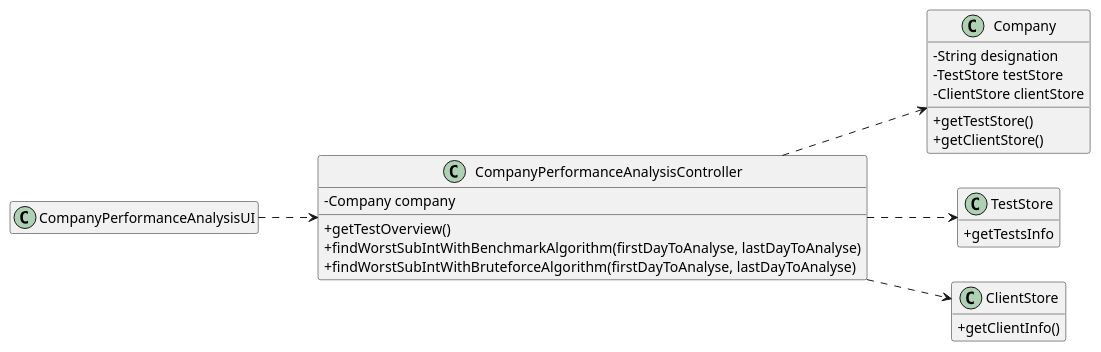
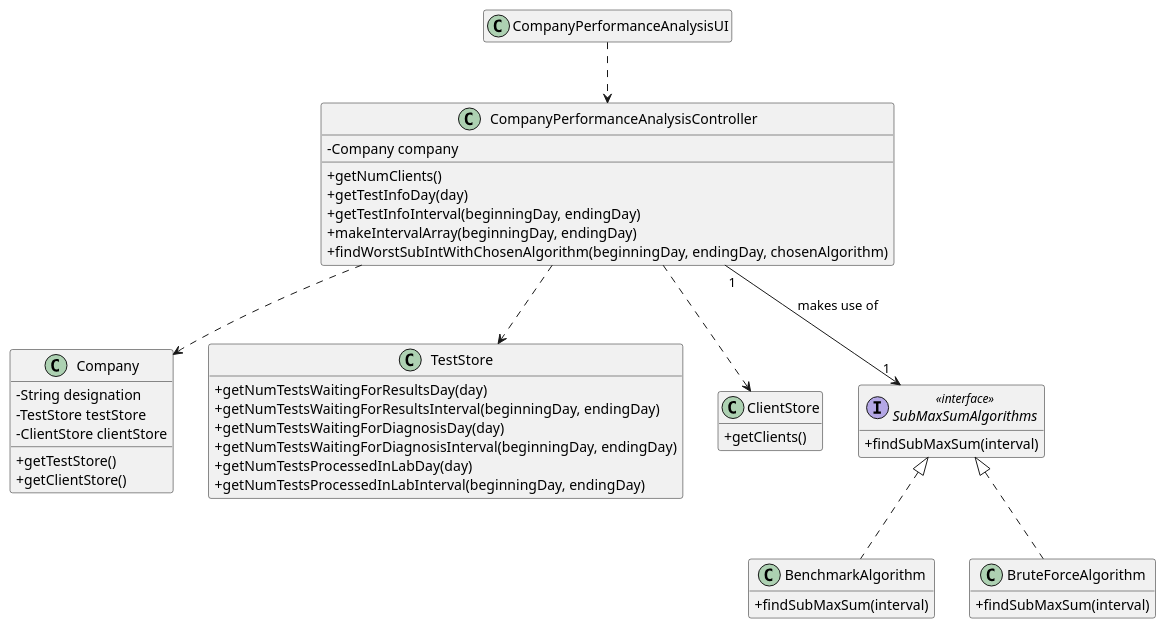
The diagram in docs/SprintD/US_16/US16_CD.puml (ana-albergaria/LAPR2-ISEP), drawn with PlantUML before and after one commit. The commit also changed 11 other files, not shown here.

Commit message:
Updated US16 Diagrams, Updated US16 Documentation and Continued US16 Code.

```diff
--- a/docs/SprintD/US_16/US16_CD.puml
+++ b/docs/SprintD/US_16/US16_CD.puml
@@ -1,38 +1,62 @@
 @startuml
+'skinparam linetype ortho
 hide empty methods
 hide empty attributes
-left to right direction
+'left to right direction
 skinparam classAttributeIconSize 0
 
 class Company {
     -String designation
     -TestStore testStore
     -ClientStore clientStore
     +getTestStore()
     +getClientStore()
 }
 
 class TestStore {
-    +getTestsInfo
+    +getNumTestsWaitingForResultsDay(day)
+    +getNumTestsWaitingForResultsInterval(beginningDay, endingDay)
+    +getNumTestsWaitingForDiagnosisDay(day)
+    +getNumTestsWaitingForDiagnosisInterval(beginningDay, endingDay)
+    +getNumTestsProcessedInLabDay(day)
+    +getNumTestsProcessedInLabInterval(beginningDay, endingDay)
 }
 
 class ClientStore {
-    +getClientInfo()
+    +getClients()
 }
 
 class CompanyPerformanceAnalysisController{
     -Company company
-    +getTestOverview()
-    +findWorstSubIntWithBenchmarkAlgorithm(firstDayToAnalyse, lastDayToAnalyse)
-    +findWorstSubIntWithBruteforceAlgorithm(firstDayToAnalyse, lastDayToAnalyse)
+    +getNumClients()
+    +getTestInfoDay(day)
+    +getTestInfoInterval(beginningDay, endingDay)
+    +makeIntervalArray(beginningDay, endingDay)
+    +findWorstSubIntWithChosenAlgorithm(beginningDay, endingDay, chosenAlgorithm)
 }
 
 class CompanyPerformanceAnalysisUI{
+}
+
+interface SubMaxSumAlgorithms <<interface>> {
+    +findSubMaxSum(interval)
+}
+
+class BenchmarkAlgorithm{
+    +findSubMaxSum(interval)
+}
+
+class BruteForceAlgorithm{
+    +findSubMaxSum(interval)
 }
 
 CompanyPerformanceAnalysisUI ..> CompanyPerformanceAnalysisController
 CompanyPerformanceAnalysisController ..> Company
 CompanyPerformanceAnalysisController ..> ClientStore
 CompanyPerformanceAnalysisController ..> TestStore
+CompanyPerformanceAnalysisController "1" --> "1" SubMaxSumAlgorithms : makes use of
+
+class BenchmarkAlgorithm implements SubMaxSumAlgorithms
+class BruteForceAlgorithm implements SubMaxSumAlgorithms
 
 @enduml
```
